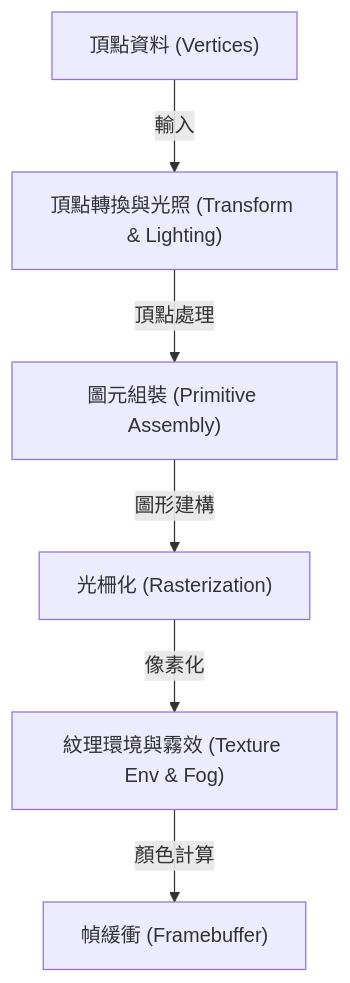
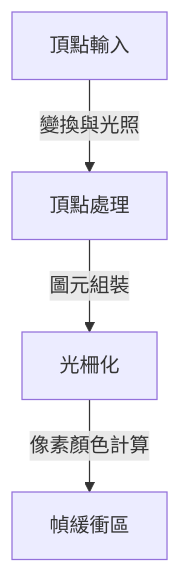
The first of 2 diagrams in content/post/opengl-basics-and-history/index.zh-tw.md (kenjinote/blog), drawn with Mermaid before and after one commit. The commit also changed other lines of this file and 129 other files, not shown here.

````diff
--- a/content/post/opengl-basics-and-history/index.zh-tw.md
+++ b/content/post/opengl-basics-and-history/index.zh-tw.md
@@ -41,15 +35,6 @@
 ```mermaid
 graph TD
-    A["頂點資料 (Vertices)"]
-    B["頂點轉換與光照 (Transform & Lighting)"]
-    C["圖元組裝 (Primitive Assembly)"]
-    D["光柵化 (Rasterization)"]
-    E["紋理環境與霧效 (Texture Env & Fog)"]
-    F["幀緩衝 (Framebuffer)"]
-
-    A -- "輸入" --> B
-    B -- "頂點處理" --> C
-    C -- "圖形建構" --> D
-    D -- "像素化" --> E
-    E -- "顏色計算" --> F
+    A["頂點輸入"] -- "變換與光照" --> B["頂點處理"]
+    B -- "圖元組裝" --> C["光柵化"]
+    C -- "像素顏色計算" --> D["幀緩衝區"]
 ```
````
